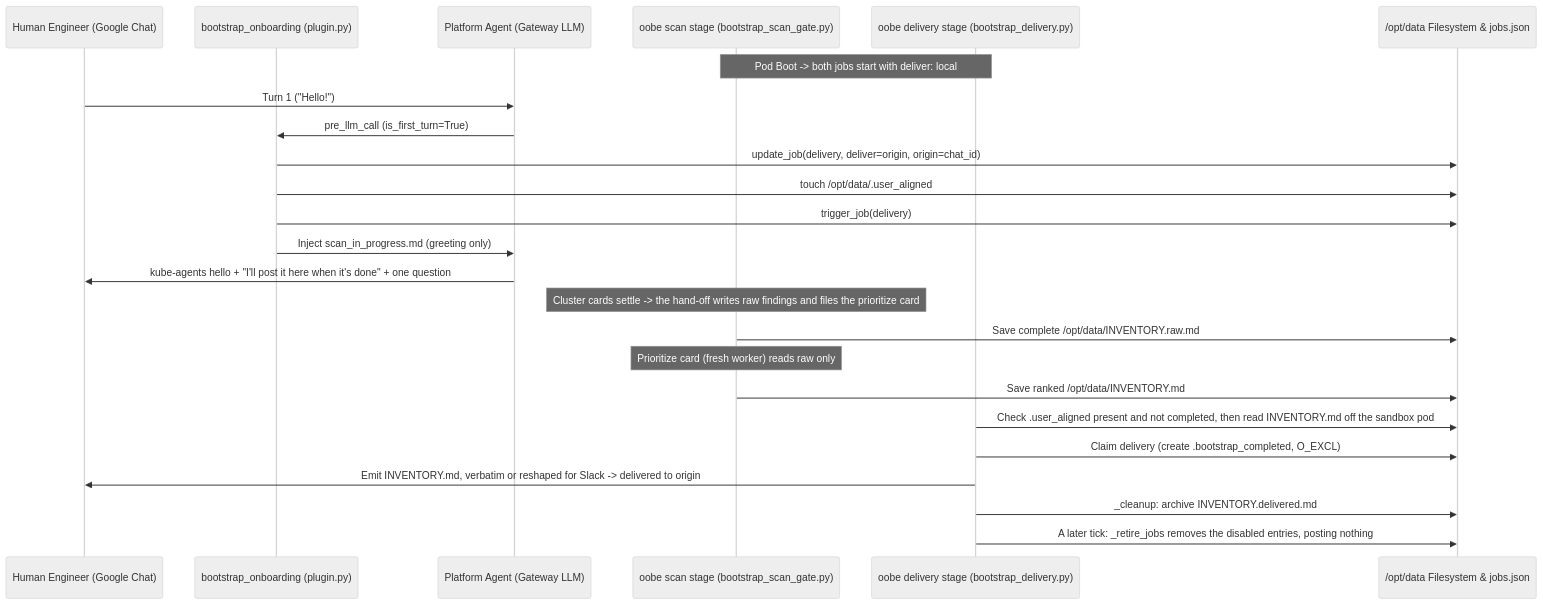
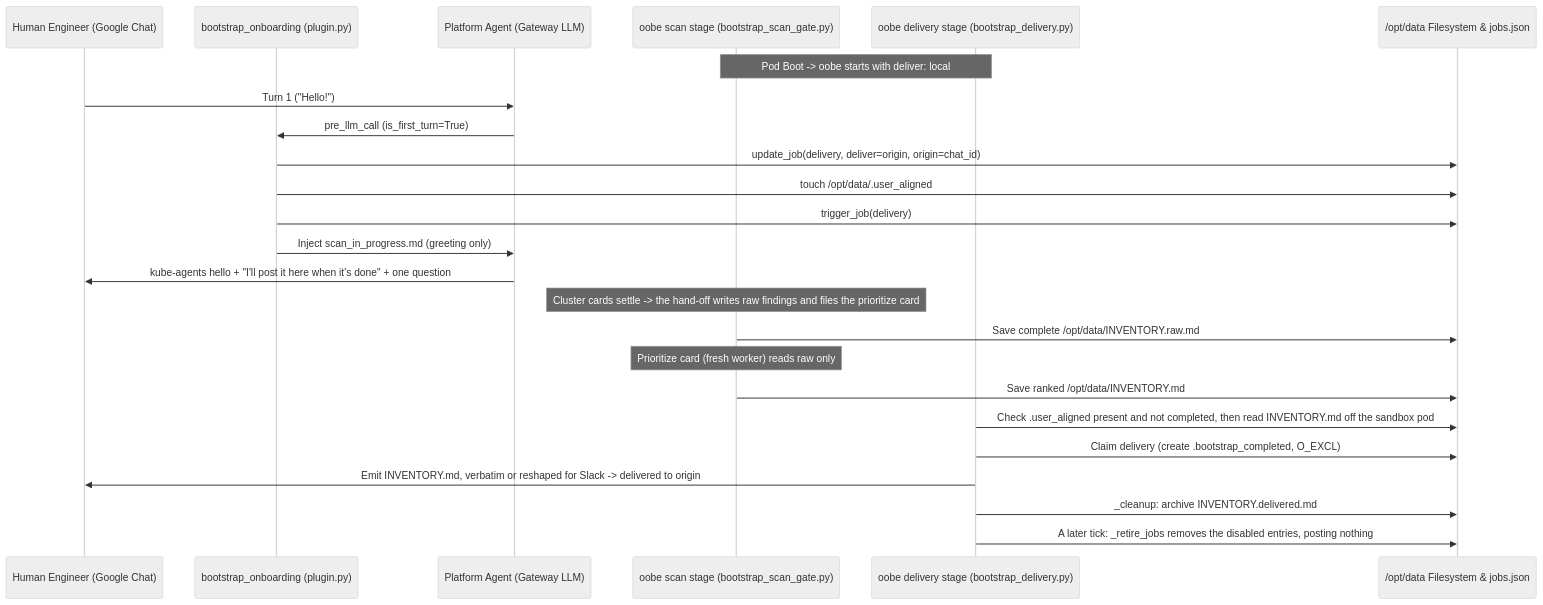
One commit to gke-labs/kube-agents changed the second of 3 diagrams in agents/chat/defaults/plugins/bootstrap_onboarding/README.md. Above: the diagram before and after it, drawn with Mermaid (neutral theme). The commit also changed other lines of this file and 21 other files, not shown here.

````diff
--- a/agents/chat/defaults/plugins/bootstrap_onboarding/README.md
+++ b/agents/chat/defaults/plugins/bootstrap_onboarding/README.md
@@ -131,27 +134,27 @@
 ```mermaid
 sequenceDiagram
     participant User as Human Engineer (Google Chat)
     participant Hook as bootstrap_onboarding (plugin.py)
     participant Agent as Platform Agent (Gateway LLM)
     participant Scan as oobe scan stage (bootstrap_scan_gate.py)
     participant Deliver as oobe delivery stage (bootstrap_delivery.py)
     participant Disk as /opt/data Filesystem & jobs.json
 
-    Note over Scan,Deliver: Pod Boot -> both jobs start with deliver: local
+    Note over Scan,Deliver: Pod Boot -> oobe starts with deliver: local
     User->>Agent: Turn 1 ("Hello!")
     Agent->>Hook: pre_llm_call (is_first_turn=True)
     Hook->>Disk: update_job(delivery, deliver=origin, origin=chat_id)
     Hook->>Disk: touch /opt/data/.user_aligned
     Hook->>Disk: trigger_job(delivery)
     Hook->>Agent: Inject scan_in_progress.md (greeting only)
     Agent->>User: kube-agents hello + "I'll post it here when it's done" + one question
     Note over Scan: Cluster cards settle -> the hand-off writes raw findings and files the prioritize card
     Scan->>Disk: Save complete /opt/data/INVENTORY.raw.md
     Note over Scan: Prioritize card (fresh worker) reads raw only
     Scan->>Disk: Save ranked /opt/data/INVENTORY.md
     Deliver->>Disk: Check .user_aligned present and not completed, then read INVENTORY.md off the sandbox pod
     Deliver->>Disk: Claim delivery (create .bootstrap_completed, O_EXCL)
     Deliver->>User: Emit INVENTORY.md, verbatim or reshaped for Slack -> delivered to origin
     Deliver->>Disk: _cleanup: archive INVENTORY.delivered.md
     Deliver->>Disk: A later tick: _retire_jobs removes the disabled entries, posting nothing
 ```
````
